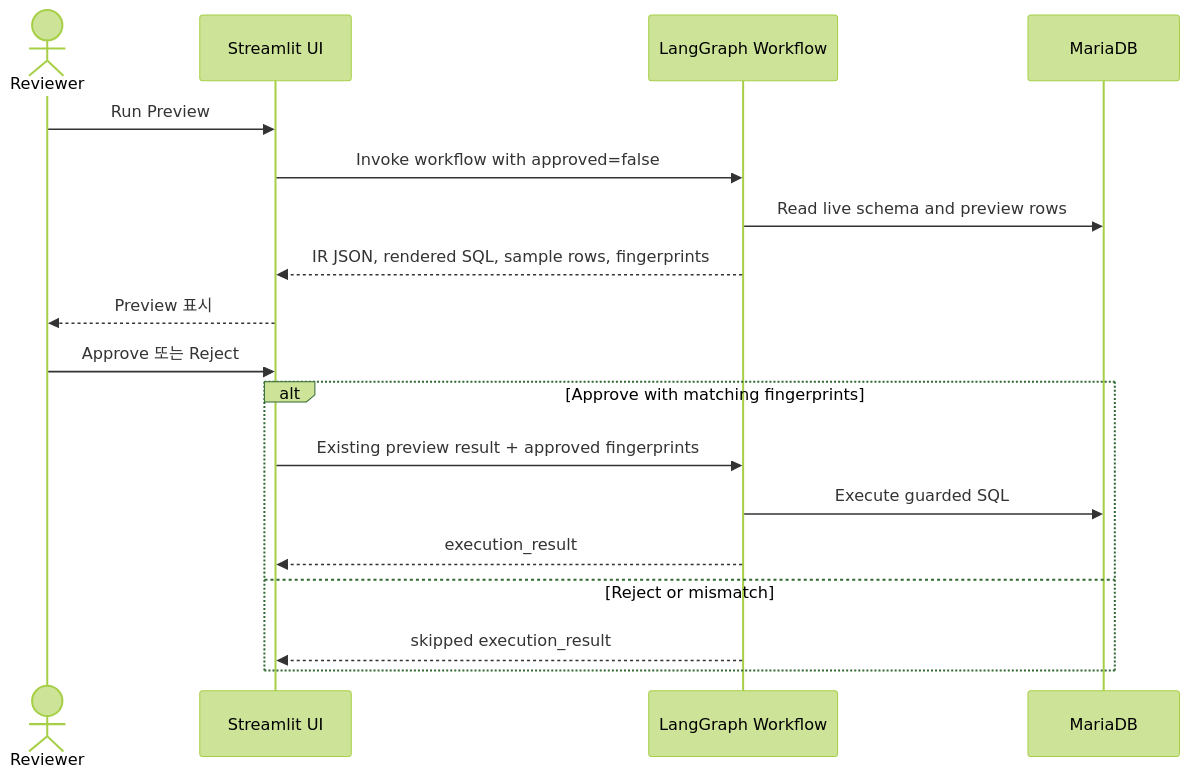
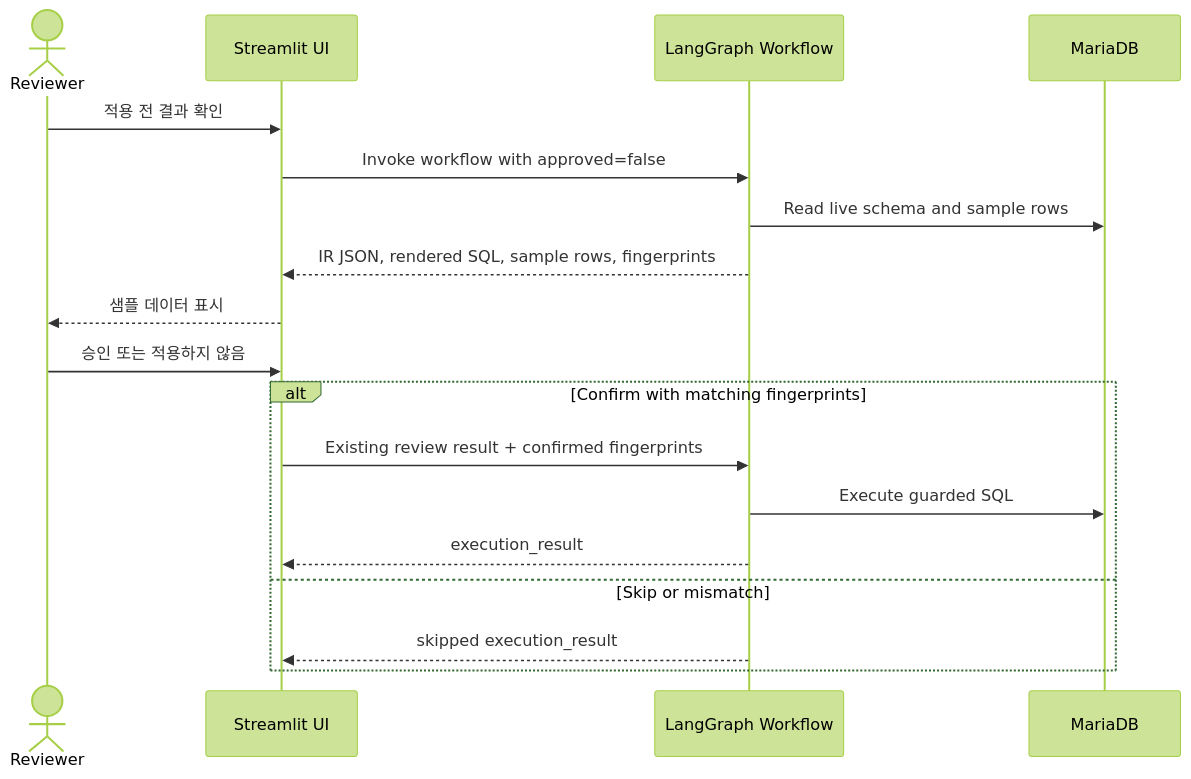
Before and after one commit to HRDI0/TextToSQL_by_localLLM: the ninth of 12 diagrams in docs/public/project_structure_and_prompt_design_ko.md, drawn with Mermaid (forest theme). The commit also changed other lines of this file and 25 other files, not shown here.

````diff
--- a/docs/public/project_structure_and_prompt_design_ko.md
+++ b/docs/public/project_structure_and_prompt_design_ko.md
@@ -365,21 +373,21 @@
 ```mermaid
 sequenceDiagram
     actor Reviewer as Reviewer
     participant UI as Streamlit UI
     participant Graph as LangGraph Workflow
     participant DB as MariaDB
 
-    Reviewer->>UI: Run Preview
+    Reviewer->>UI: 적용 전 결과 확인
     UI->>Graph: Invoke workflow with approved=false
-    Graph->>DB: Read live schema and preview rows
+    Graph->>DB: Read live schema and sample rows
     Graph-->>UI: IR JSON, rendered SQL, sample rows, fingerprints
-    UI-->>Reviewer: Preview 표시
-    Reviewer->>UI: Approve 또는 Reject
-    alt Approve with matching fingerprints
-        UI->>Graph: Existing preview result + approved fingerprints
+    UI-->>Reviewer: 샘플 데이터 표시
+    Reviewer->>UI: 승인 또는 적용하지 않음
+    alt Confirm with matching fingerprints
+        UI->>Graph: Existing review result + confirmed fingerprints
         Graph->>DB: Execute guarded SQL
         Graph-->>UI: execution_result
-    else Reject or mismatch
+    else Skip or mismatch
         Graph-->>UI: skipped execution_result
     end
 ```
````
